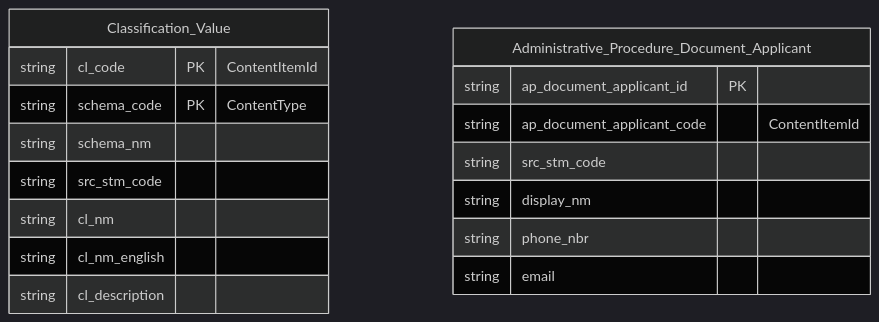
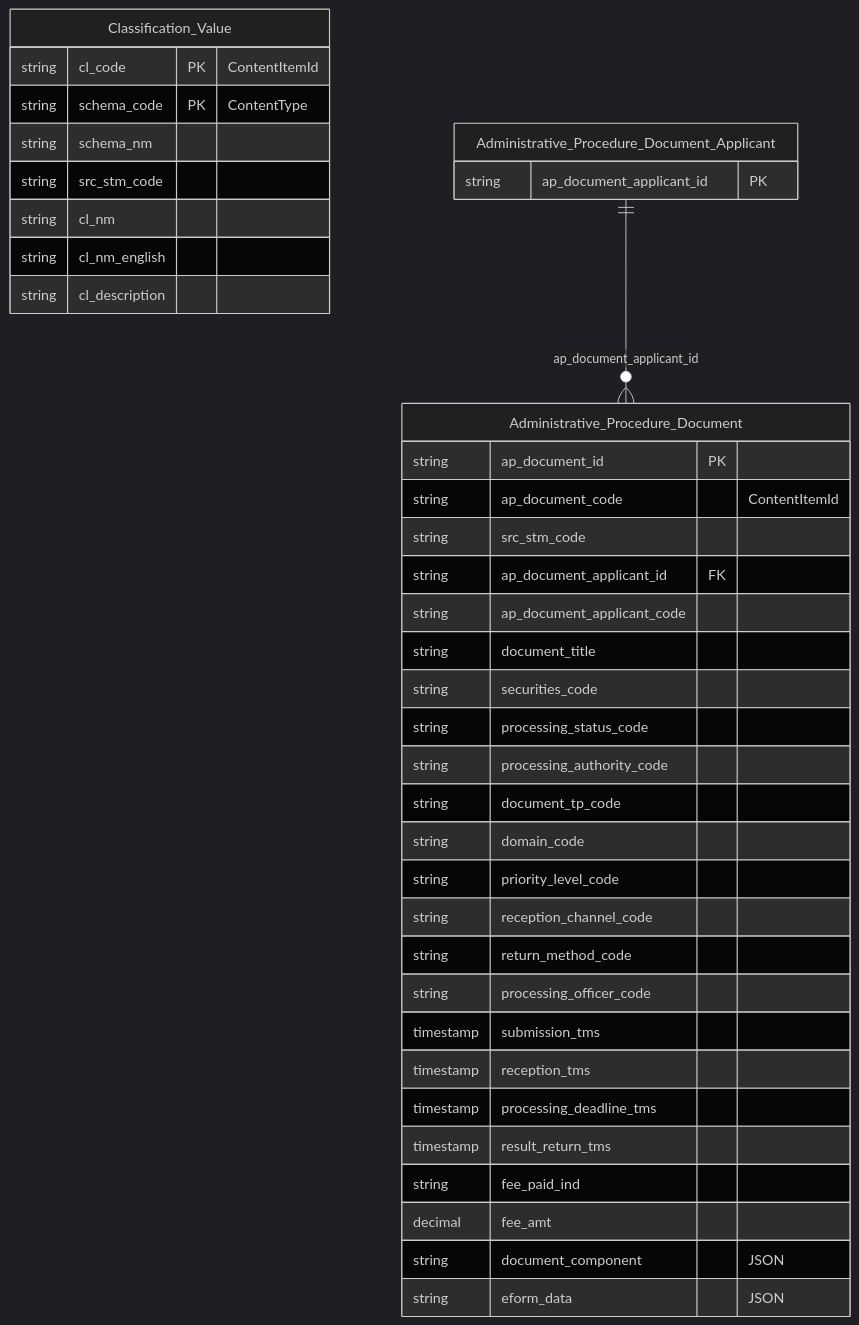
Before and after one commit to linhlvit/ubck_atomic_design: the second of 2 diagrams in DataModel/working/Atomic/hld/TTHC_HLD_Tier1.md, drawn with Mermaid (dark theme). The commit also changed other lines of this file and 351 other files, not shown here.

````diff
--- a/DataModel/working/Atomic/hld/TTHC_HLD_Tier1.md
+++ b/DataModel/working/Atomic/hld/TTHC_HLD_Tier1.md
@@ -58,21 +58,44 @@
 ```mermaid
 erDiagram
     Classification_Value {
         string cl_code PK "ContentItemId"
         string schema_code PK "ContentType"
         string schema_nm
         string src_stm_code
         string cl_nm
         string cl_nm_english
         string cl_description
     }
 
+    Administrative_Procedure_Document {
+        string ap_document_id PK
+        string ap_document_code "ContentItemId"
+        string src_stm_code
+        string ap_document_applicant_id FK
+        string ap_document_applicant_code
+        string document_title
+        string securities_code
+        string processing_status_code
+        string processing_authority_code
+        string document_tp_code
+        string domain_code
+        string priority_level_code
+        string reception_channel_code
+        string return_method_code
+        string processing_officer_code
+        timestamp submission_tms
+        timestamp reception_tms
+        timestamp processing_deadline_tms
+        timestamp result_return_tms
+        string fee_paid_ind
+        decimal fee_amt
+        string document_component "JSON"
+        string eform_data "JSON"
+    }
+
     Administrative_Procedure_Document_Applicant {
         string ap_document_applicant_id PK
-        string ap_document_applicant_code "ContentItemId"
-        string src_stm_code
-        string display_nm
-        string phone_nbr
-        string email
     }
+
+    Administrative_Procedure_Document_Applicant ||--o{ Administrative_Procedure_Document : "ap_document_applicant_id"
 ```
````
